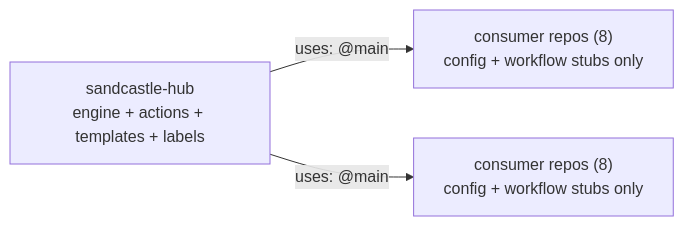
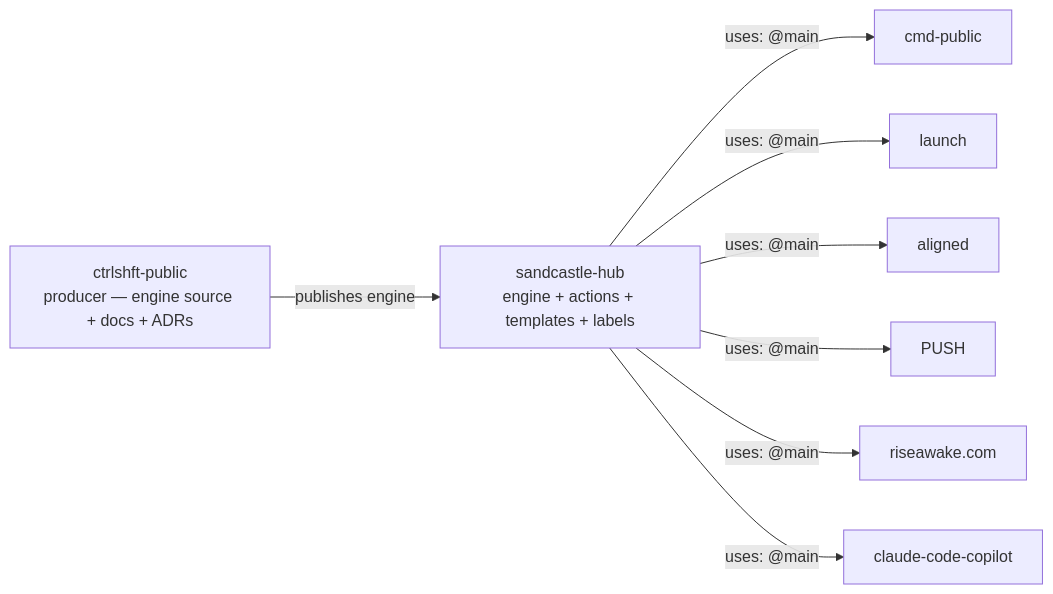
Before and after one commit to arndvs/ctrlshft-hub: the diagram in README.md, drawn with Mermaid. The commit also changed other lines of this file, not shown here.

Commit message:
docs: fix architecture diagram + reference producer
- Mermaid diagram now shows distinct consumers (not two identical nodes)
- Adds ctrlshft-public as producer (engine source + docs + ADRs)

````diff
--- a/README.md
+++ b/README.md
@@ -9,9 +9,19 @@
 ```mermaid
 graph LR
+    PROD["ctrlshft-public<br/>producer — engine source + docs + ADRs"]
     HUB["sandcastle-hub<br/>engine + actions + templates + labels"]
-    C1["consumer repos (8)<br/>config + workflow stubs only"]
-    C2["consumer repos (8)<br/>config + workflow stubs only"]
+    C1["cmd-public"]
+    C2["launch"]
+    C3["aligned"]
+    C4["PUSH"]
+    C5["riseawake.com"]
+    C6["claude-code-copilot"]
 
+    PROD -->|"publishes engine"| HUB
     HUB -->|"uses: @main"| C1
     HUB -->|"uses: @main"| C2
+    HUB -->|"uses: @main"| C3
+    HUB -->|"uses: @main"| C4
+    HUB -->|"uses: @main"| C5
+    HUB -->|"uses: @main"| C6
 ```
````
